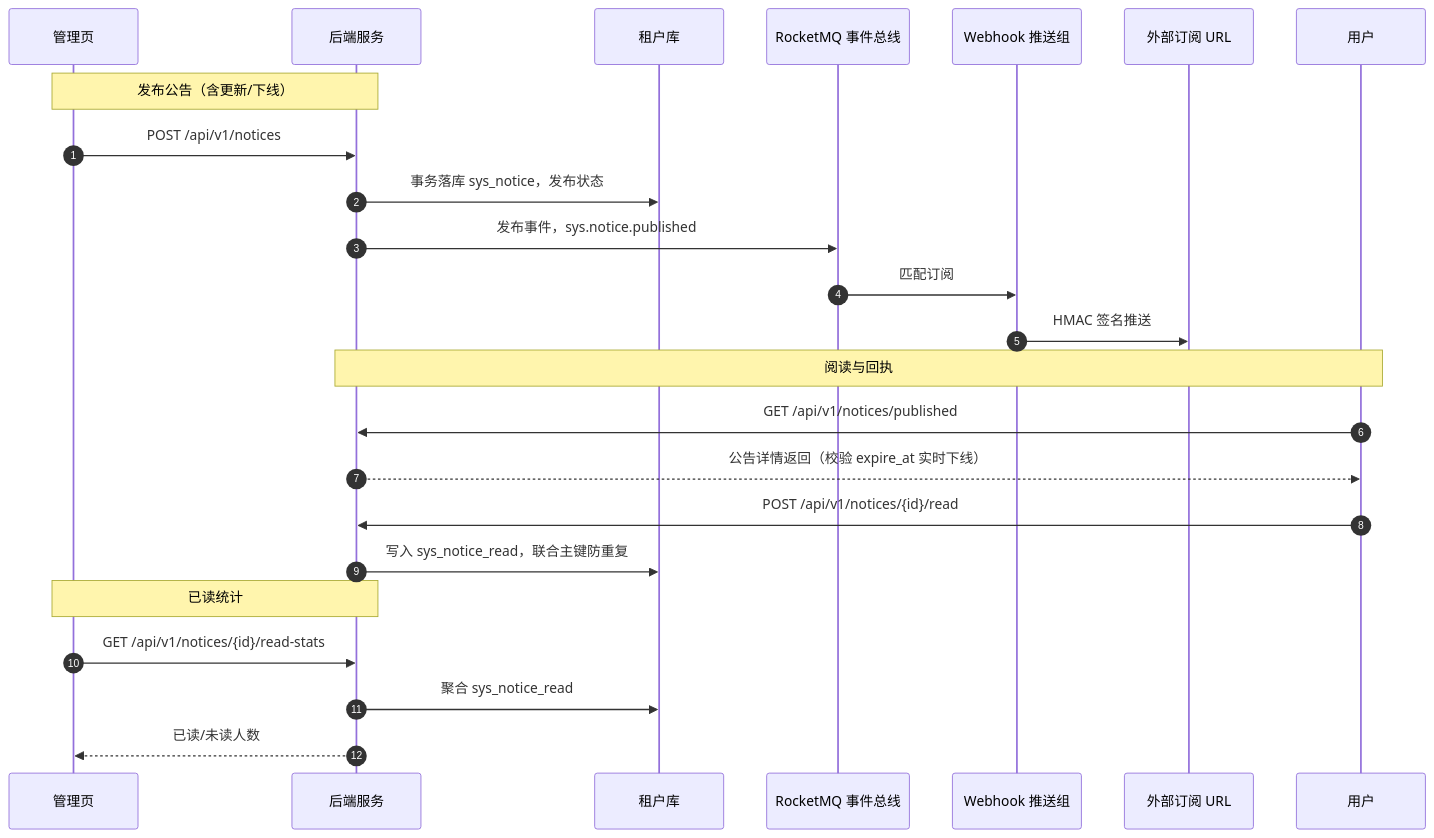
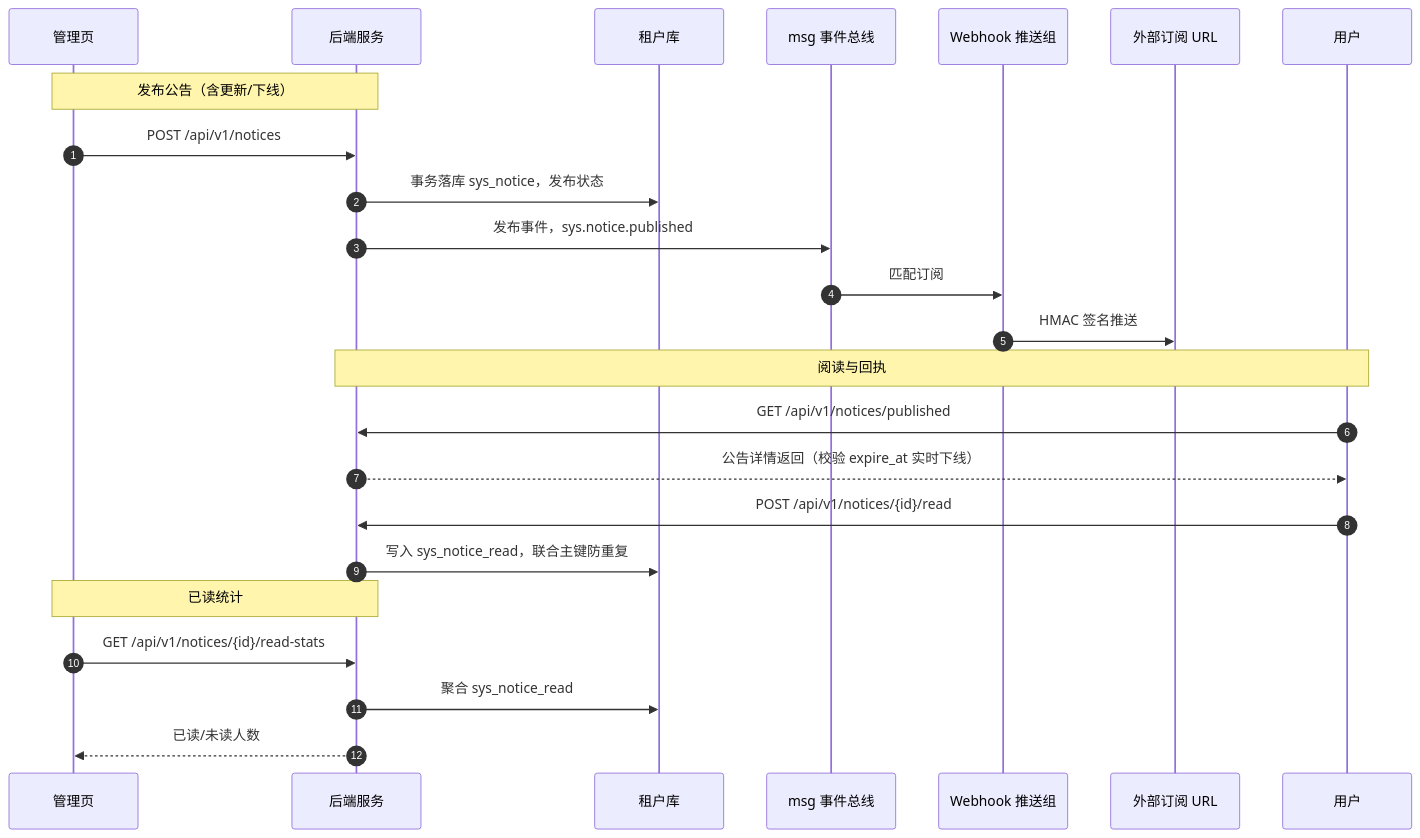
The diagram in bms文档/设计/概要设计/18_概要设计_公告管理.md (minjian123/basic-management-system), drawn with Mermaid before and after one commit. The commit also changed other lines of this file and 118 other files, not shown here.

````diff
--- a/bms文档/设计/概要设计/18_概要设计_公告管理.md
+++ b/bms文档/设计/概要设计/18_概要设计_公告管理.md
@@ -50,27 +50,27 @@
 ```mermaid
 sequenceDiagram
     autonumber
     participant 管理页
     participant 后端服务
     participant 租户库
-    participant RocketMQ as RocketMQ 事件总线
+    participant msg as msg 事件总线
     participant Webhook推送组 as Webhook 推送组
     participant 外部订阅URL as 外部订阅 URL
     participant 用户
 
     Note over 管理页,后端服务: 发布公告（含更新/下线）
     管理页->>后端服务: POST /api/v1/notices
     后端服务->>租户库: 事务落库 sys_notice，发布状态
-    后端服务->>RocketMQ: 发布事件，sys.notice.published
-    RocketMQ->>Webhook推送组: 匹配订阅
+    后端服务->>msg: 发布事件，sys.notice.published
+    msg->>Webhook推送组: 匹配订阅
     Webhook推送组->>外部订阅URL: HMAC 签名推送
     Note over 用户,后端服务: 阅读与回执
     用户->>后端服务: GET /api/v1/notices/published
     后端服务-->>用户: 公告详情返回（校验 expire_at 实时下线）
     用户->>后端服务: POST /api/v1/notices/{id}/read
     后端服务->>租户库: 写入 sys_notice_read，联合主键防重复
     Note over 管理页,后端服务: 已读统计
     管理页->>后端服务: GET /api/v1/notices/{id}/read-stats
     后端服务->>租户库: 聚合 sys_notice_read
     后端服务-->>管理页: 已读/未读人数
 ```
````
